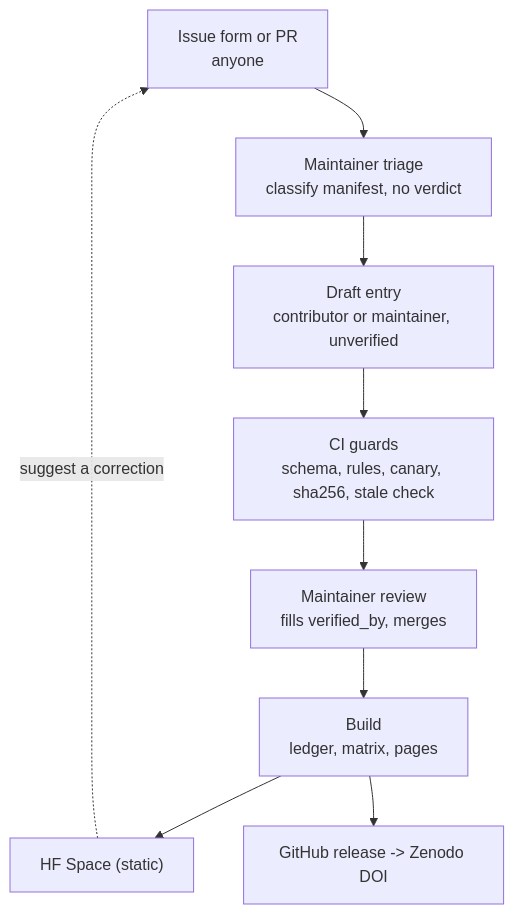
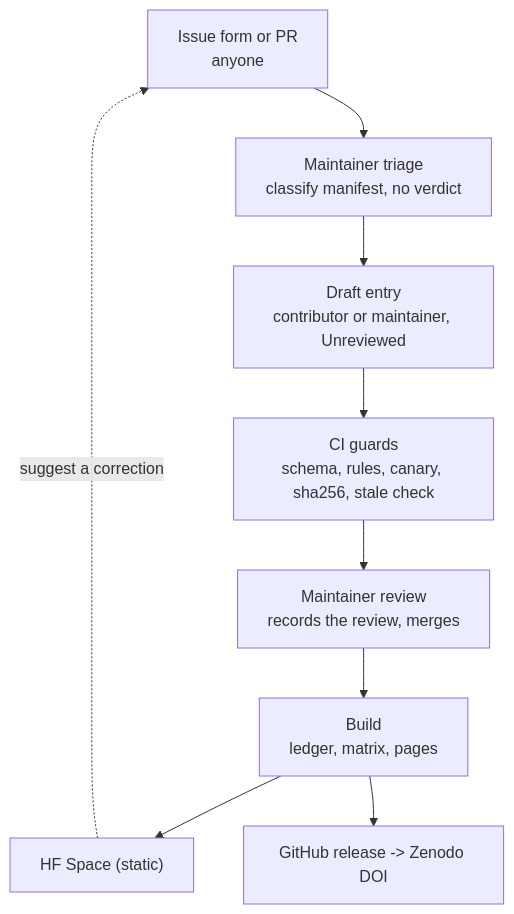
The second of 3 diagrams in docs/DATA_FLOW.md (leahmatzat/corpus-checker), drawn with Mermaid before and after one commit. The commit also changed other lines of this file and 50 other files, not shown here.

First line of the commit message:
"Reviewed", not "verified": record what a review covers

````diff
--- a/docs/DATA_FLOW.md
+++ b/docs/DATA_FLOW.md
@@ -52,11 +52,11 @@
 ```mermaid
 flowchart TD
   S["Issue form or PR<br/>anyone"] --> T["Maintainer triage<br/>classify manifest, no verdict"]
-  T --> D["Draft entry<br/>contributor or maintainer, unverified"]
+  T --> D["Draft entry<br/>contributor or maintainer, Unreviewed"]
   D --> CI["CI guards<br/>schema, rules, canary, sha256, stale check"]
-  CI --> HR["Maintainer review<br/>fills verified_by, merges"]
+  CI --> HR["Maintainer review<br/>records the review, merges"]
   HR --> B["Build<br/>ledger, matrix, pages"]
   B --> SP["HF Space (static)"]
   B --> Z["GitHub release -> Zenodo DOI"]
   SP -. "suggest a correction" .-> S
 ```
````
